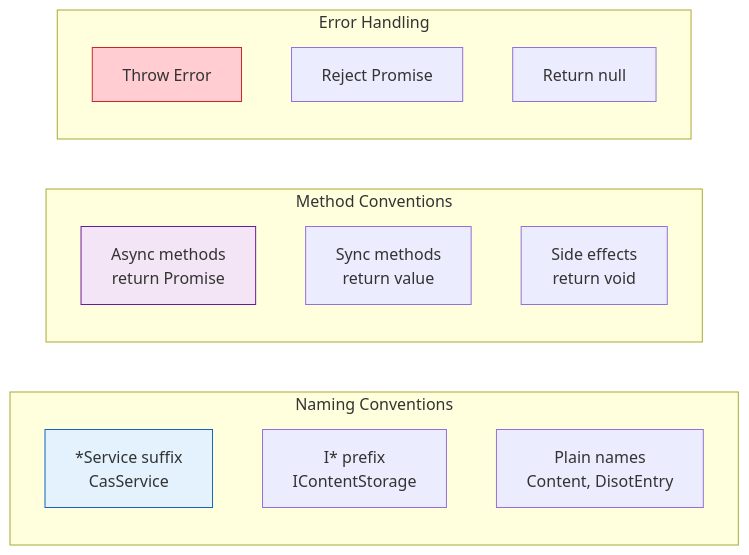
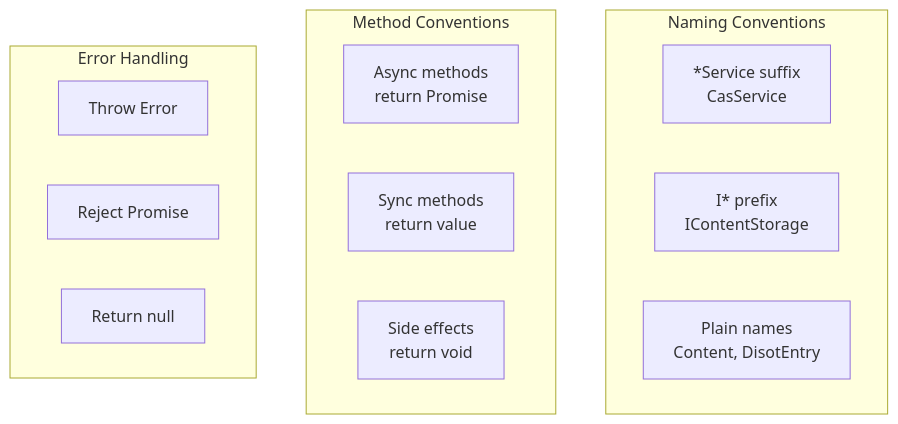
One commit to o2alexanderfedin/angular-cas-disot changed the second of 3 diagrams in docs/api/README.md. Above: the diagram before and after it, drawn with Mermaid. The commit also changed other lines of this file and 18 other files, not shown here.

````diff
--- a/docs/api/README.md
+++ b/docs/api/README.md
@@ -61,24 +61,20 @@
 ```mermaid
-graph LR
+graph TD
     subgraph "Naming Conventions"
         SERVICE[*Service suffix<br/>CasService]
         INTERFACE[I* prefix<br/>IContentStorage]
         MODEL[Plain names<br/>Content, DisotEntry]
     end
     
     subgraph "Method Conventions"
         ASYNC[Async methods<br/>return Promise]
         SYNC[Sync methods<br/>return value]
         VOID[Side effects<br/>return void]
     end
     
     subgraph "Error Handling"
         THROW[Throw Error]
         REJECT[Reject Promise]
         NULL[Return null]
     end
-    
-    style SERVICE fill:#e3f2fd,stroke:#1565c0
-    style ASYNC fill:#f3e5f5,stroke:#6a1b9a
-    style THROW fill:#ffcdd2,stroke:#c62828
 ```
````
